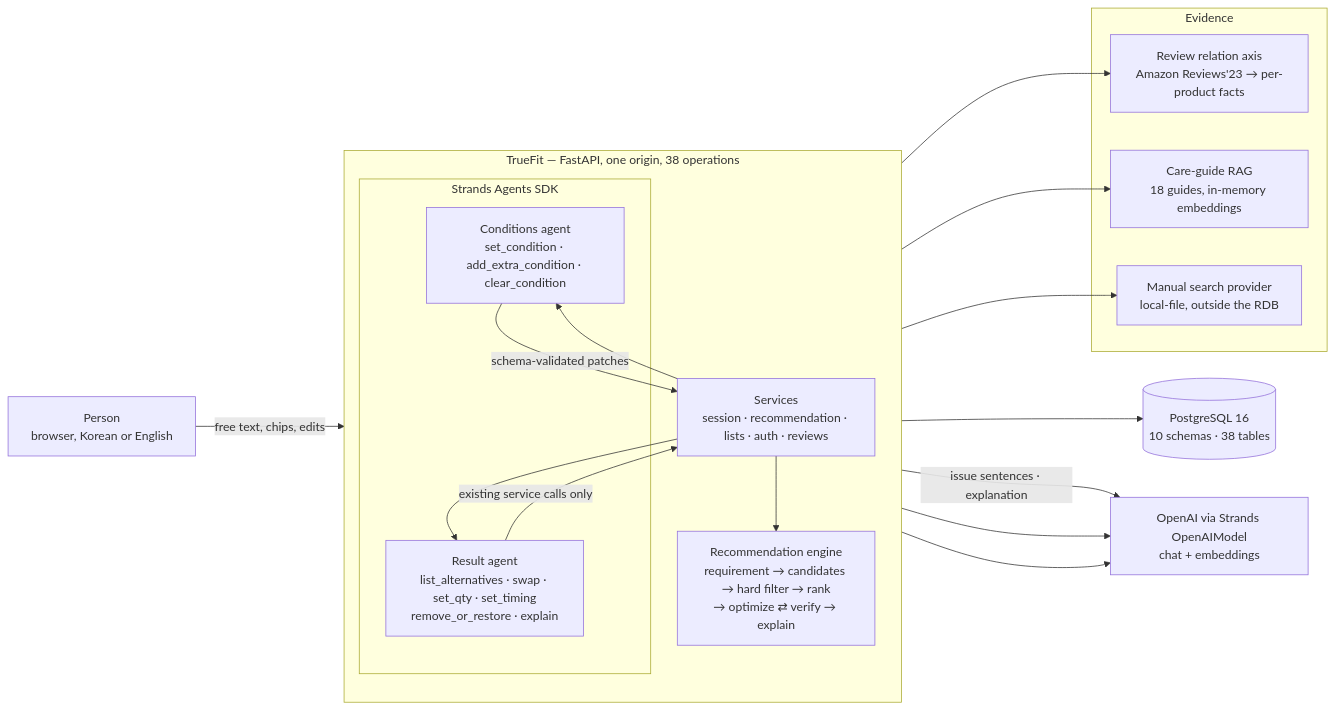
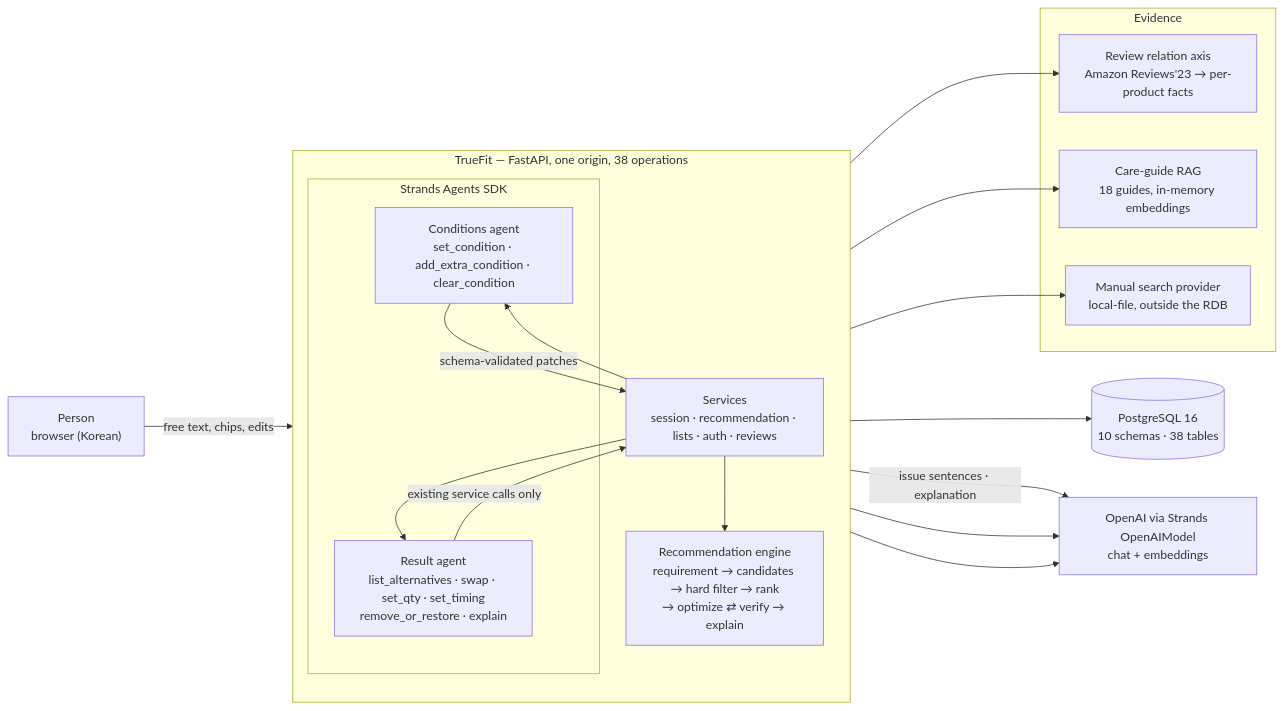
Before and after one commit to greenmdw/skn_final: the diagram in README.md, drawn with Mermaid. The commit also changed other lines of this file and 50 other files, not shown here.

````diff
--- a/README.md
+++ b/README.md
@@ -87,33 +87,33 @@
 ```mermaid
 flowchart LR
-  U["Person<br/>browser, Korean or English"]
+  U["Person<br/>browser (Korean)"]
   subgraph App["TrueFit — FastAPI, one origin, 38 operations"]
     direction TB
     SVC["Services<br/>session · recommendation · lists · auth · reviews"]
     subgraph Strands["Strands Agents SDK"]
       CA["Conditions agent<br/>set_condition · add_extra_condition · clear_condition"]
       RA["Result agent<br/>list_alternatives · swap · set_qty · set_timing<br/>remove_or_restore · explain"]
     end
     ENG["Recommendation engine<br/>requirement → candidates → hard filter → rank<br/>→ optimize ⇄ verify → explain"]
   end
   subgraph Ev["Evidence"]
     RX["Review relation axis<br/>Amazon Reviews'23 → per-product facts"]
     CG["Care-guide RAG<br/>18 guides, in-memory embeddings"]
     MR["Manual search provider<br/>local-file, outside the RDB"]
   end
   DB[("PostgreSQL 16<br/>10 schemas · 38 tables")]
   LLM["OpenAI via Strands OpenAIModel<br/>chat + embeddings"]
   U -- "free text, chips, edits" --> SVC
   SVC --> CA
   SVC --> RA
   SVC --> ENG
   CA -- "schema-validated patches" --> SVC
   RA -- "existing service calls only" --> SVC
   ENG --> RX
   ENG --> CG
   ENG --> MR
   ENG -- "issue sentences · explanation" --> LLM
   CA --> LLM
   RA --> LLM
   SVC --> DB
 ```
````
